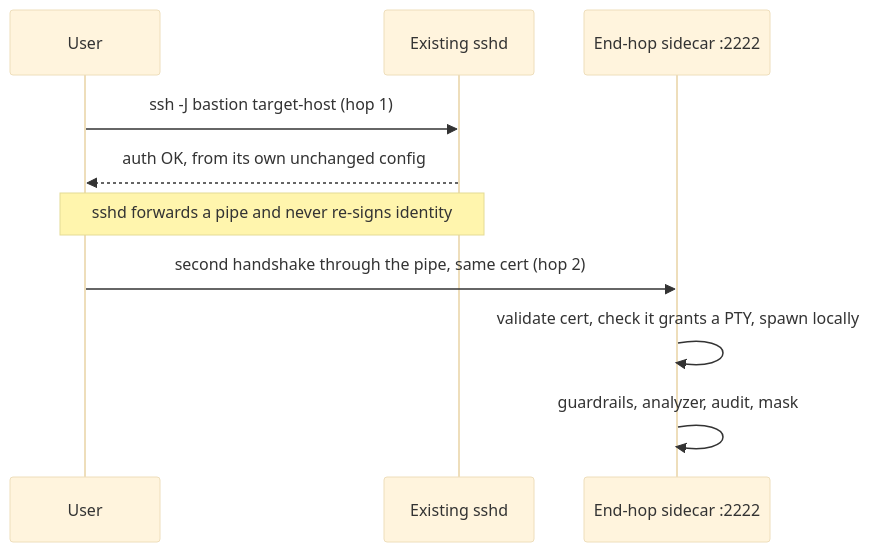
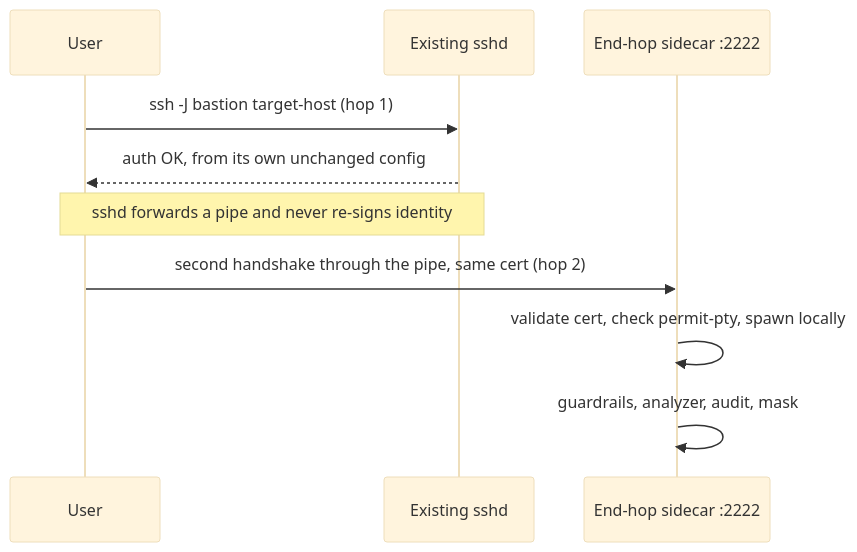
One commit to hoophq/hoop changed the second of 3 diagrams in docs/adr/0015-ssh-terminates-at-the-sidecar.md. Above: the diagram before and after it, drawn with Mermaid (base theme). The commit also changed other lines of this file, not shown here.

````diff
--- a/docs/adr/0015-ssh-terminates-at-the-sidecar.md
+++ b/docs/adr/0015-ssh-terminates-at-the-sidecar.md
@@ -193,14 +194,14 @@
 ```mermaid
 sequenceDiagram
     participant User
     participant SSHD as Existing sshd
     participant Endpoint as End-hop sidecar :2222
 
     User->>SSHD: ssh -J bastion target-host (hop 1)
     SSHD-->>User: auth OK, from its own unchanged config
     Note over User,SSHD: sshd forwards a pipe and never re-signs identity
 
     User->>Endpoint: second handshake through the pipe, same cert (hop 2)
-    Endpoint->>Endpoint: validate cert, check it grants a PTY, spawn locally
+    Endpoint->>Endpoint: validate cert, check permit-pty, spawn locally
     Endpoint->>Endpoint: guardrails, analyzer, audit, mask
 ```
````
